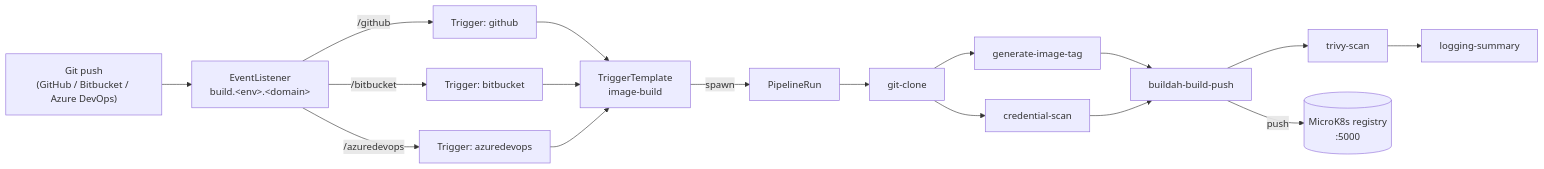
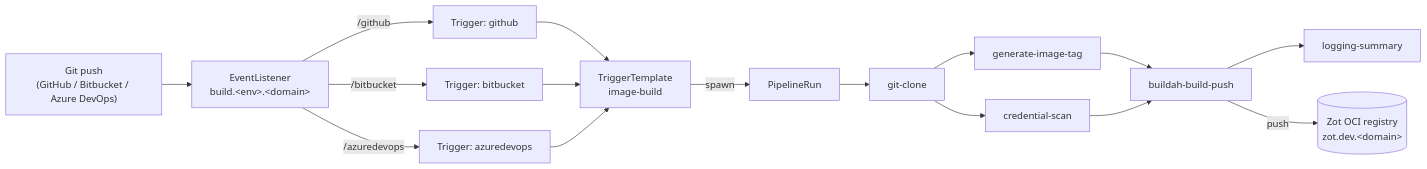
Before and after one commit to Wegatr/setup-ubuntu-kubernetes: the diagram in apps/image-builder/README.md, drawn with Mermaid. The commit also changed other lines of this file and 8 other files, not shown here.

First line of the commit message:
image-builder: remove trivy-scan task from pipeline

````diff
--- a/apps/image-builder/README.md
+++ b/apps/image-builder/README.md
@@ -31,21 +31,20 @@
 ```mermaid
 flowchart LR
     Webhook["Git push<br/>(GitHub / Bitbucket / Azure DevOps)"] --> EL[EventListener<br/>build.&lt;env&gt;.&lt;domain&gt;]
     EL -->|/github| TG[Trigger: github]
     EL -->|/bitbucket| TB[Trigger: bitbucket]
     EL -->|/azuredevops| TA[Trigger: azuredevops]
     TG --> TT[TriggerTemplate<br/>image-build]
     TB --> TT
     TA --> TT
     TT -->|spawn| PR[PipelineRun]
 
     PR --> Clone[git-clone]
     Clone --> Tag[generate-image-tag]
     Clone --> Gitleaks[credential-scan]
     Tag --> Build[buildah-build-push]
     Gitleaks --> Build
-    Build --> Trivy[trivy-scan]
-    Trivy --> Summary[logging-summary]
+    Build --> Summary[logging-summary]
 
-    Build -->|push| Registry[(MicroK8s registry<br/>:5000)]
+    Build -->|push| Registry[(Zot OCI registry<br/>zot.dev.&lt;domain&gt;)]
 ```
````
